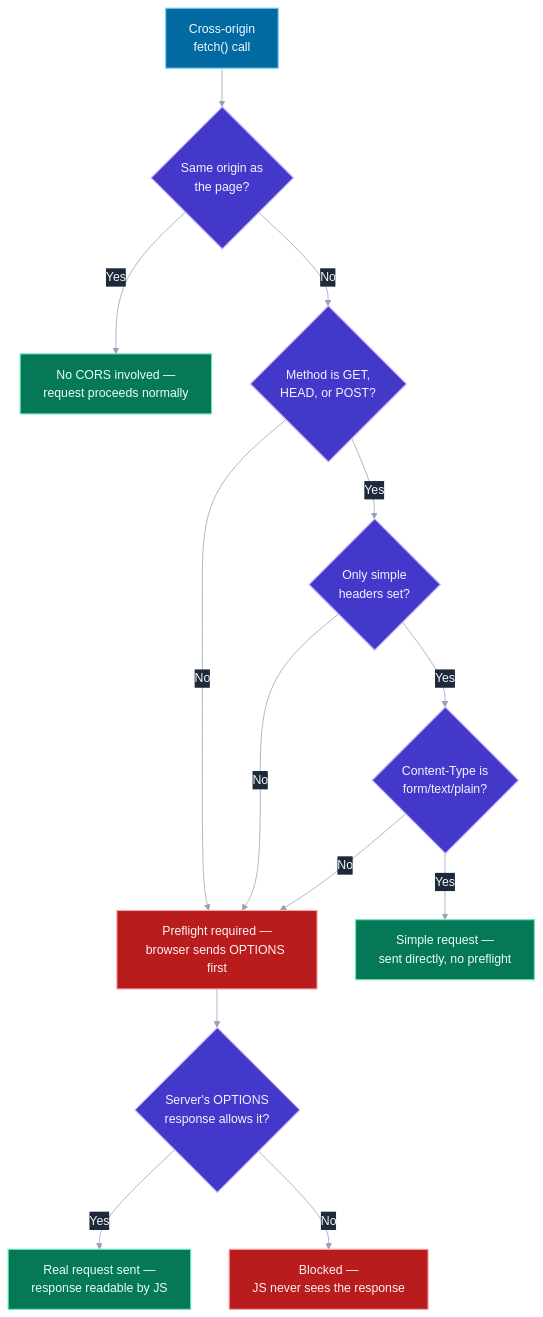
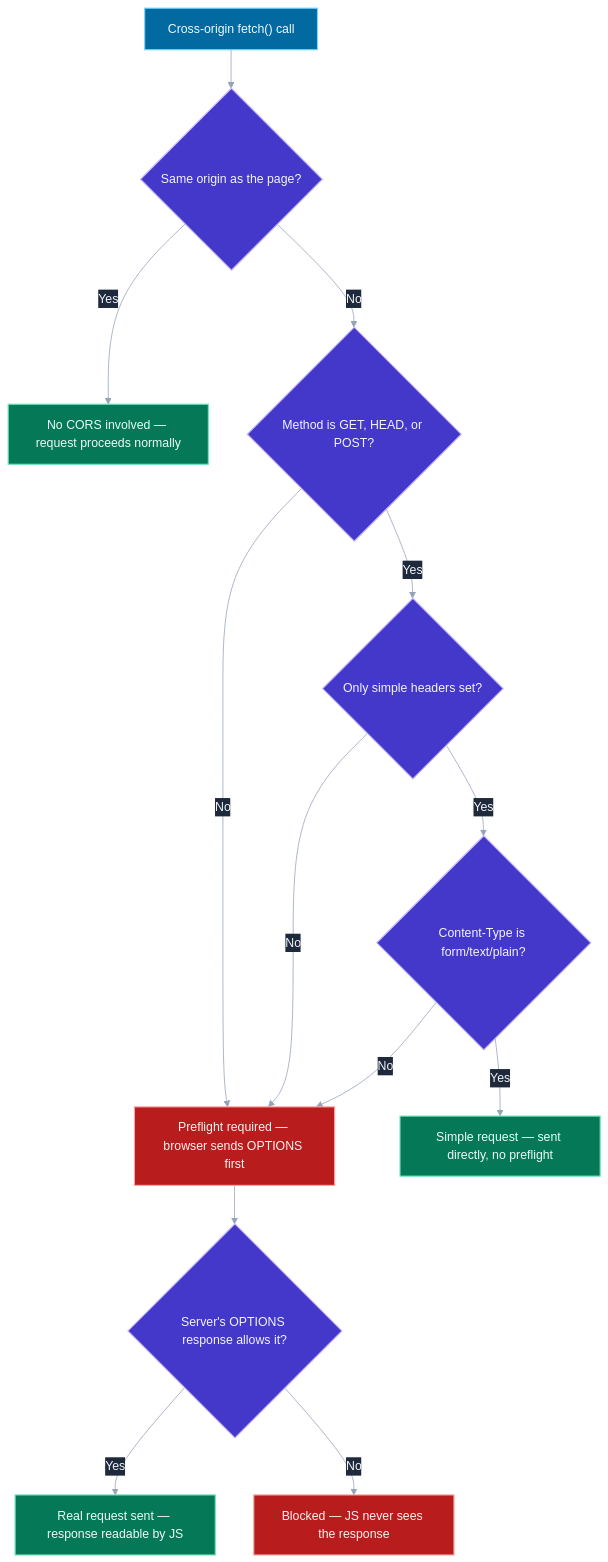
The first of 2 diagrams in data/topics/cors-storage-cookies.md (vinayakhumberi/litmus), drawn with Mermaid before and after one commit. The commit also changed other lines of this file and 68 other files, not shown here.

````diff
--- a/data/topics/cors-storage-cookies.md
+++ b/data/topics/cors-storage-cookies.md
@@ -105,26 +105,26 @@
 ```mermaid
 %%{init: {"theme": "base", "themeVariables": {"primaryColor":"#334155","primaryTextColor":"#f1f5f9","primaryBorderColor":"#64748b","lineColor":"#94a3b8","edgeLabelBackground":"#1e293b","textColor":"#f1f5f9","fontSize":"16px"}}}%%
 flowchart TD
-    A["Cross-origin<br>fetch() call"] --> B{"Same origin as<br>the page?"}
-    B -- "Yes" --> C["No CORS involved —<br>request proceeds normally"]
-    B -- "No" --> D{"Method is GET,<br>HEAD, or POST?"}
-    D -- "No" --> E["Preflight required —<br>browser sends OPTIONS first"]
-    D -- "Yes" --> F{"Only simple<br>headers set?"}
+    A["Cross-origin fetch() call"] --> B{"Same origin as the page?"}
+    B -- "Yes" --> C["No CORS involved — request proceeds normally"]
+    B -- "No" --> D{"Method is GET, HEAD, or POST?"}
+    D -- "No" --> E["Preflight required — browser sends OPTIONS first"]
+    D -- "Yes" --> F{"Only simple headers set?"}
     F -- "No" --> E
-    F -- "Yes" --> G{"Content-Type is<br>form/text/plain?"}
+    F -- "Yes" --> G{"Content-Type is form/text/plain?"}
     G -- "No" --> E
-    G -- "Yes" --> H["Simple request —<br>sent directly, no preflight"]
-    E --> I{"Server's OPTIONS<br>response allows it?"}
-    I -- "Yes" --> J["Real request sent —<br>response readable by JS"]
-    I -- "No" --> K["Blocked —<br>JS never sees the response"]
+    G -- "Yes" --> H["Simple request — sent directly, no preflight"]
+    E --> I{"Server's OPTIONS response allows it?"}
+    I -- "Yes" --> J["Real request sent — response readable by JS"]
+    I -- "No" --> K["Blocked — JS never sees the response"]
 
     classDef start fill:#0369a1,stroke:#7dd3fc,color:#f0f9ff,stroke-width:1.5px
     classDef decision fill:#4338ca,stroke:#c4b5fd,color:#f5f3ff,stroke-width:1.5px
     classDef good fill:#047857,stroke:#6ee7b7,color:#ecfdf5,stroke-width:1.5px
     classDef warn fill:#b91c1c,stroke:#fca5a5,color:#fef2f2,stroke-width:1.5px
 
     class A start
     class B,D,F,G,I decision
     class C,H,J good
     class E,K warn
 ```
````
